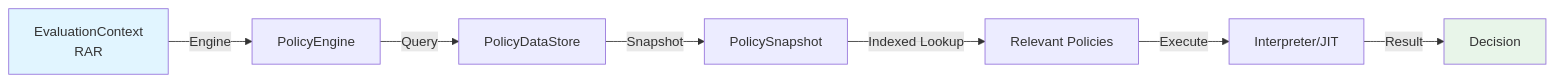
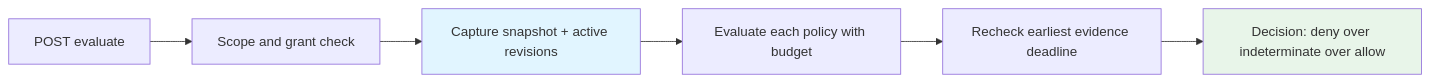
Before and after one commit to jrepp/ipe: the sixth of 6 diagrams in docs/ARCHITECTURE.md, drawn with Mermaid. The commit also changed other lines of this file and 15 other files, not shown here.

````diff
--- a/docs/ARCHITECTURE.md
+++ b/docs/ARCHITECTURE.md
@@ -382,12 +203,10 @@
 ```mermaid
 flowchart LR
-    CTX[EvaluationContext<br/>RAR] -->|Engine| E[PolicyEngine]
-    E -->|Query| DS[PolicyDataStore]
-    DS -->|Snapshot| SS[PolicySnapshot]
-    SS -->|Indexed Lookup| P[Relevant Policies]
-    P -->|Execute| I[Interpreter/JIT]
-    I -->|Result| D[Decision]
-
-    style CTX fill:#e1f5ff
+    REQ[POST evaluate] --> AUTH[Scope and grant check]
+    AUTH --> CAPTURE[Capture snapshot + active revisions]
+    CAPTURE --> EVAL[Evaluate each policy with budget]
+    EVAL --> DL[Recheck earliest evidence deadline]
+    DL --> D[Decision: deny over indeterminate over allow]
+    style CAPTURE fill:#e1f5ff
     style D fill:#e8f5e9
 ```
````
